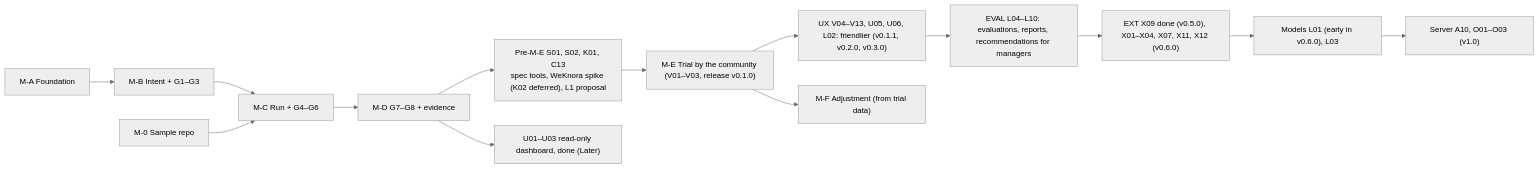
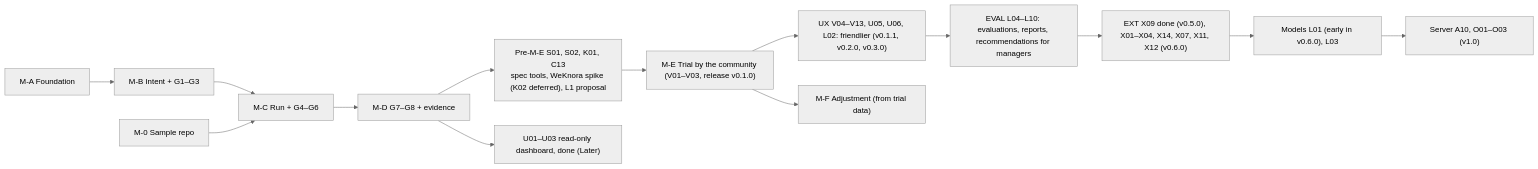
One commit to hoanghainh1188/agentic-sdlc-framework changed the diagram in design/D-08-mvp-backlog.md. Above: the diagram before and after it, drawn with Mermaid (neutral theme). The commit also changed other lines of this file and 11 other files, not shown here.

````diff
--- a/design/D-08-mvp-backlog.md
+++ b/design/D-08-mvp-backlog.md
@@ -58,16 +58,16 @@
 ```mermaid
 flowchart LR
     MA["M-A Foundation"] --> MB["M-B Intent + G1–G3"]
     MB --> MC["M-C Run + G4–G6"]
     M0["M-0 Sample repo"] --> MC
     MC --> MD["M-D G7–G8 + evidence"]
     MD --> MP["Pre-M-E S01, S02, K01, C13<br/>spec tools, WeKnora spike (K02 deferred), L1 proposal"]
     MP --> ME["M-E Trial by the community (V01–V03, release v0.1.0)"]
     ME --> UX["UX V04–V13, U05, U06, L02: friendlier (v0.1.1, v0.2.0, v0.3.0)"]
     UX --> EV["EVAL L04–L10: evaluations, reports, recommendations for managers"]
-    EV --> EXT["EXT X09 done (v0.5.0), X01–X04, X07, X11, X12 (v0.6.0)"]
+    EV --> EXT["EXT X09 done (v0.5.0), X01–X04, X14, X07, X11, X12 (v0.6.0)"]
     EXT --> MO["Models L01 (early in v0.6.0), L03"]
     MO --> SV["Server A10, O01–O03 (v1.0)"]
     ME --> MF["M-F Adjustment (from trial data)"]
     MD --> MU["U01–U03 read-only dashboard, done (Later)"]
 ```
````
